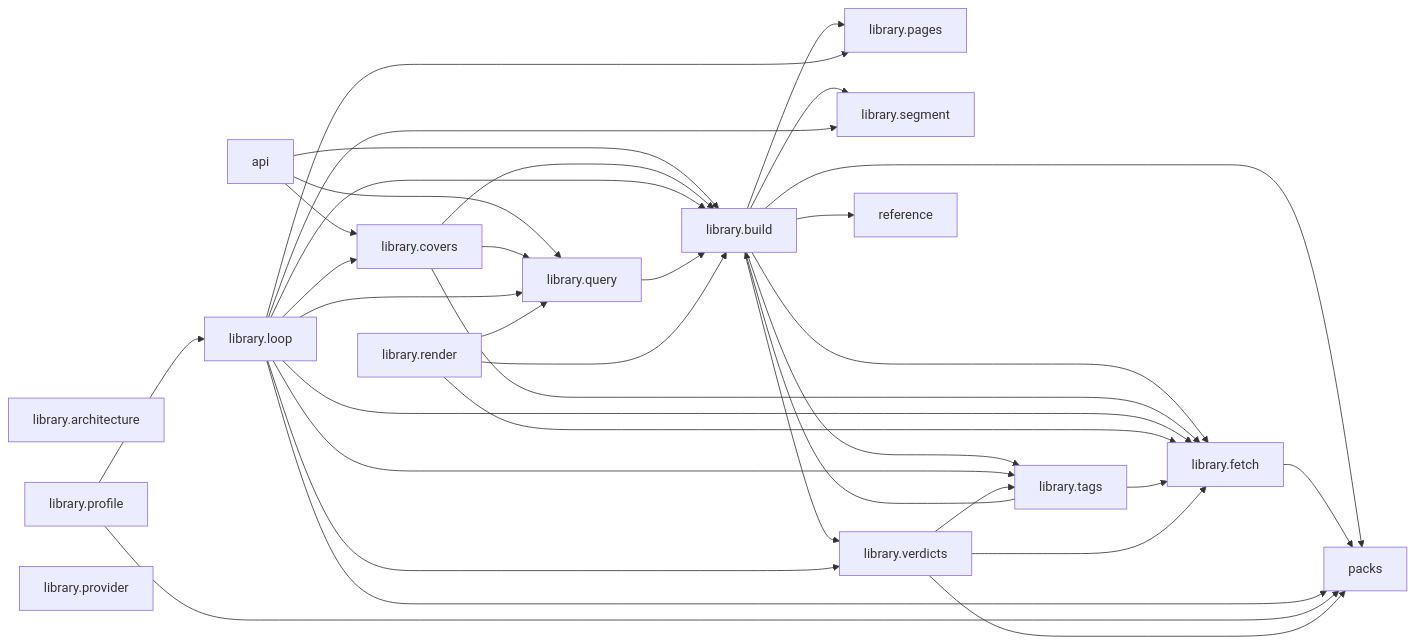
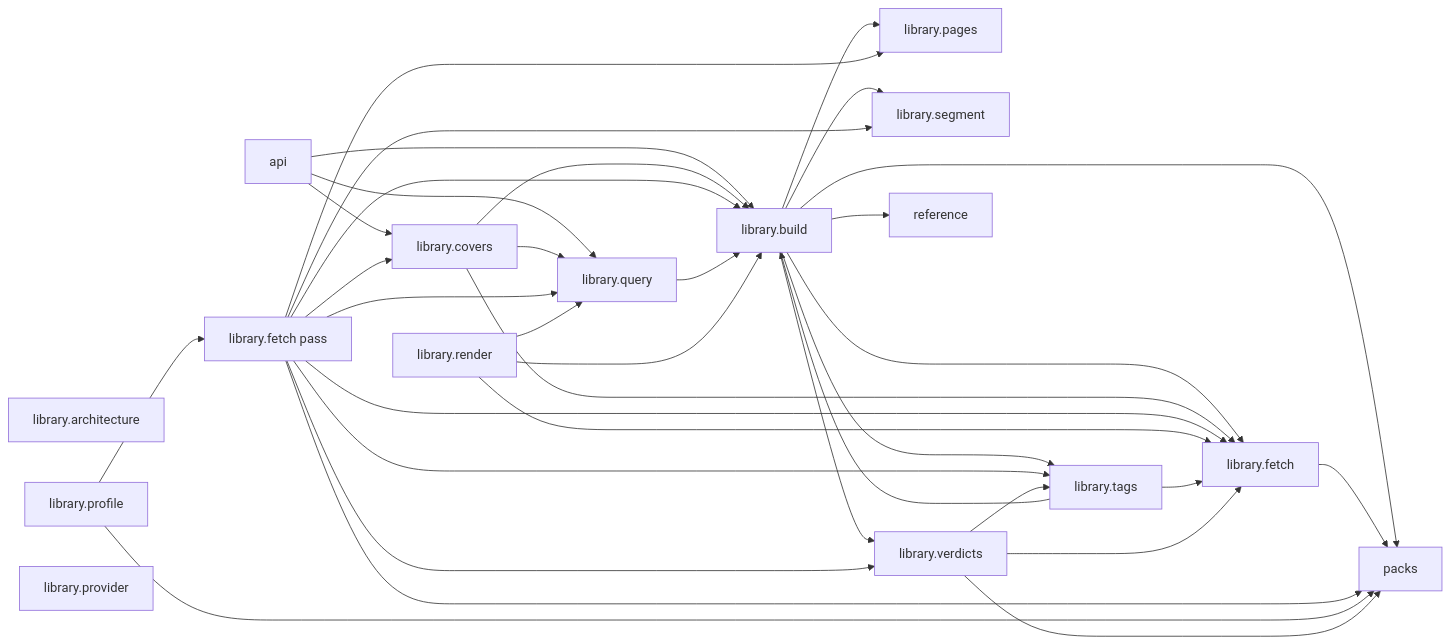
The first of 2 diagrams in docs/content/architecture.md (reversely/lifekit), drawn with Mermaid before and after one commit. The commit also changed other lines of this file and 33 other files, not shown here.

First line of the commit message:
refactor: the fetch pass, named by its function, replaces the banned word everywhere

````diff
--- a/docs/content/architecture.md
+++ b/docs/content/architecture.md
@@ -9,53 +9,53 @@
 ```mermaid
 graph LR
   lifekit_api["api"]
   lifekit_api --> lifekit_library_build
   lifekit_api --> lifekit_library_covers
   lifekit_api --> lifekit_library_query
   lifekit_library_architecture["library.architecture"]
   lifekit_library_build["library.build"]
   lifekit_library_build --> lifekit_library_fetch
   lifekit_library_build --> lifekit_library_pages
   lifekit_library_build --> lifekit_library_segment
   lifekit_library_build --> lifekit_library_tags
   lifekit_library_build --> lifekit_library_verdicts
   lifekit_library_build --> lifekit_packs
   lifekit_library_build --> lifekit_reference
   lifekit_library_covers["library.covers"]
   lifekit_library_covers --> lifekit_library_build
   lifekit_library_covers --> lifekit_library_fetch
   lifekit_library_covers --> lifekit_library_query
   lifekit_library_fetch["library.fetch"]
   lifekit_library_fetch --> lifekit_packs
-  lifekit_library_loop["library.loop"]
-  lifekit_library_loop --> lifekit_library_build
-  lifekit_library_loop --> lifekit_library_covers
-  lifekit_library_loop --> lifekit_library_fetch
-  lifekit_library_loop --> lifekit_library_pages
-  lifekit_library_loop --> lifekit_library_query
-  lifekit_library_loop --> lifekit_library_segment
-  lifekit_library_loop --> lifekit_library_tags
-  lifekit_library_loop --> lifekit_library_verdicts
-  lifekit_library_loop --> lifekit_packs
+  lifekit_library_fetchpass["library.fetch pass"]
+  lifekit_library_fetchpass --> lifekit_library_build
+  lifekit_library_fetchpass --> lifekit_library_covers
+  lifekit_library_fetchpass --> lifekit_library_fetch
+  lifekit_library_fetchpass --> lifekit_library_pages
+  lifekit_library_fetchpass --> lifekit_library_query
+  lifekit_library_fetchpass --> lifekit_library_segment
+  lifekit_library_fetchpass --> lifekit_library_tags
+  lifekit_library_fetchpass --> lifekit_library_verdicts
+  lifekit_library_fetchpass --> lifekit_packs
   lifekit_library_pages["library.pages"]
   lifekit_library_profile["library.profile"]
-  lifekit_library_profile --> lifekit_library_loop
+  lifekit_library_profile --> lifekit_library_fetchpass
   lifekit_library_profile --> lifekit_packs
   lifekit_library_provider["library.provider"]
   lifekit_library_query["library.query"]
   lifekit_library_query --> lifekit_library_build
   lifekit_library_render["library.render"]
   lifekit_library_render --> lifekit_library_build
   lifekit_library_render --> lifekit_library_fetch
   lifekit_library_render --> lifekit_library_query
   lifekit_library_segment["library.segment"]
   lifekit_library_tags["library.tags"]
   lifekit_library_tags --> lifekit_library_build
   lifekit_library_tags --> lifekit_library_fetch
   lifekit_library_verdicts["library.verdicts"]
   lifekit_library_verdicts --> lifekit_library_fetch
   lifekit_library_verdicts --> lifekit_library_tags
   lifekit_library_verdicts --> lifekit_packs
   lifekit_packs["packs"]
   lifekit_reference["reference"]
 ```
````
